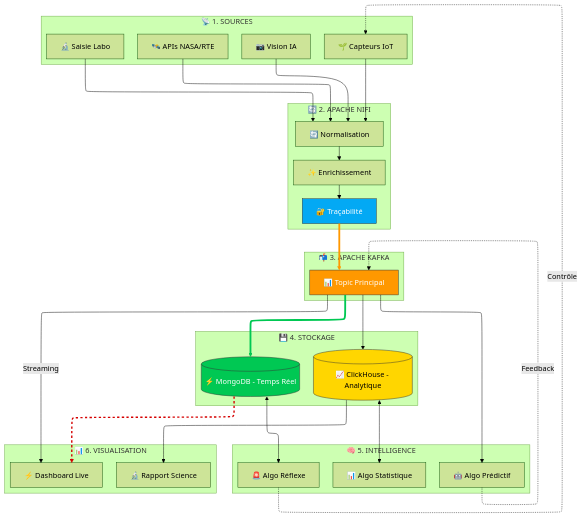
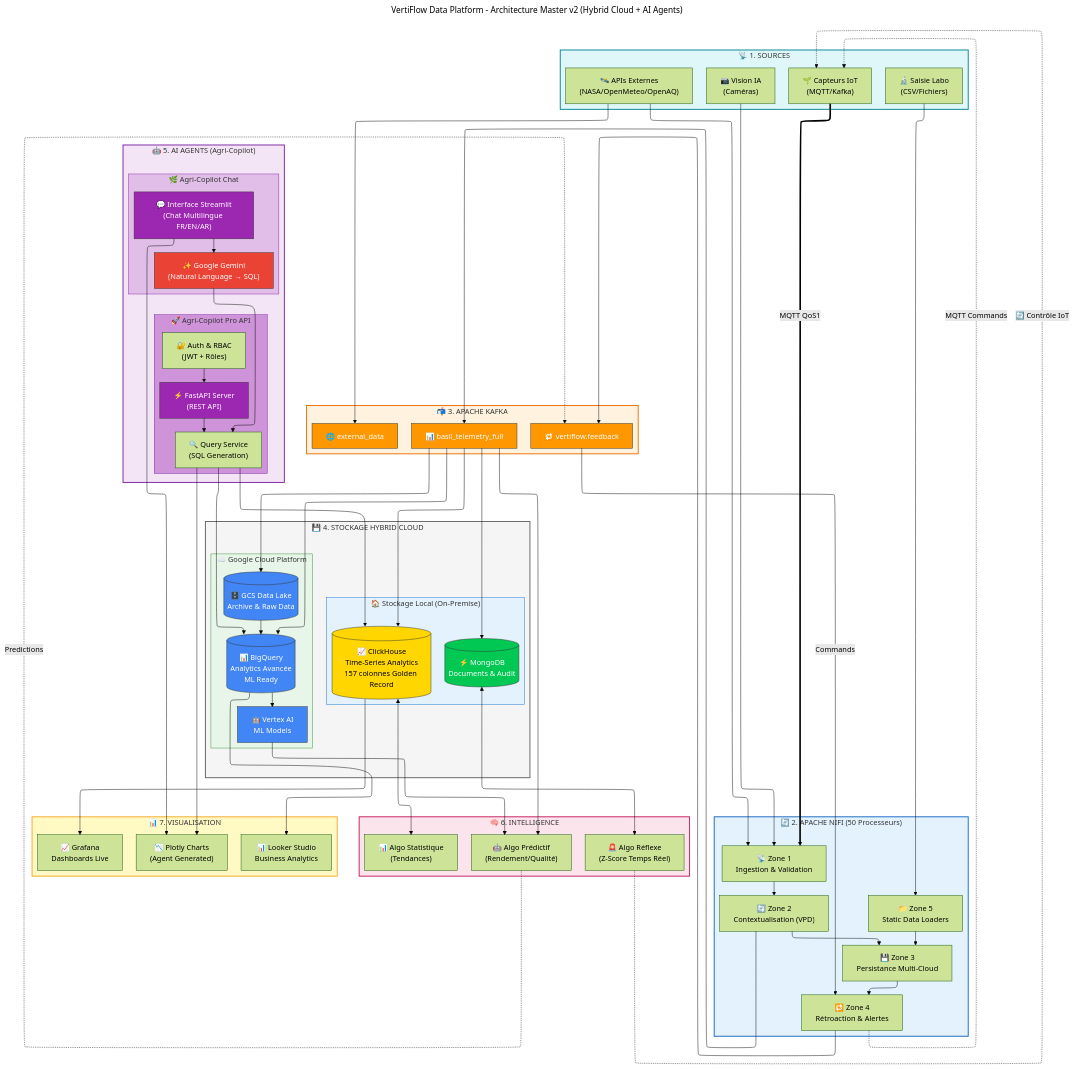
The diagram in docs/diagrams/master_v2.mmd (mounirjaouhari/Vertiflow), drawn with Mermaid (forest theme) before and after one commit. The commit also changed 35 other files, not shown here.

First line of the commit message:
feat: Restructuration README + Agri-Copilot Pro + GCP Integration

```diff
--- a/docs/diagrams/master_v2.mmd
+++ b/docs/diagrams/master_v2.mmd
@@ -1,71 +1,184 @@
 ---
+title: VertiFlow Data Platform - Architecture Master v2 (Hybrid Cloud + AI Agents)
 config:
   layout: elk
 ---
 flowchart TB
+    %% ═══════════════════════════════════════════════════════════════
+    %% 1. SOURCES DE DONNÉES
+    %% ═══════════════════════════════════════════════════════════════
     subgraph SOURCES["📡 1. SOURCES"]
-        IOT["🌱 Capteurs IoT"]
-        VISION["📷 Vision IA"]
-        APIS["🛰️ APIs NASA/RTE"]
-        LAB["🔬 Saisie Labo"]
+        direction TB
+        IOT["🌱 Capteurs IoT<br/>(MQTT/Kafka)"]
+        VISION["📷 Vision IA<br/>(Caméras)"]
+        APIS["🛰️ APIs Externes<br/>(NASA/OpenMeteo/OpenAQ)"]
+        LAB["🔬 Saisie Labo<br/>(CSV/Fichiers)"]
     end
     
-    subgraph NIFI["🔄 2. APACHE NIFI"]
-        N_NORM["🔄 Normalisation"]
-        N_ENRICH["✨ Enrichissement"]
-        N_QUAL["🔐 Traçabilité"]
+    %% ═══════════════════════════════════════════════════════════════
+    %% 2. APACHE NIFI - 50 PROCESSEURS
+    %% ═══════════════════════════════════════════════════════════════
+    subgraph NIFI["🔄 2. APACHE NIFI (50 Processeurs)"]
+        direction TB
+        N_INGEST["📡 Zone 1<br/>Ingestion & Validation"]
+        N_ENRICH["🔄 Zone 2<br/>Contextualisation (VPD)"]
+        N_PERSIST["💾 Zone 3<br/>Persistance Multi-Cloud"]
+        N_FEEDBACK["🔁 Zone 4<br/>Rétroaction & Alertes"]
+        N_STATIC["📁 Zone 5<br/>Static Data Loaders"]
     end
     
+    %% ═══════════════════════════════════════════════════════════════
+    %% 3. APACHE KAFKA - EVENT BUS
+    %% ═══════════════════════════════════════════════════════════════
     subgraph KAFKA["📬 3. APACHE KAFKA"]
-        K_TOPIC["📊 Topic Principal"]
+        direction LR
+        K_TELEMETRY["📊 basil_telemetry_full"]
+        K_FEEDBACK["🔁 vertiflow.feedback"]
+        K_EXTERNAL["🌐 external_data"]
     end
     
-    subgraph STORAGE["💾 4. STOCKAGE"]
-        MONGO[("⚡ MongoDB - Temps Réel")]
-        CLICK[("📈 ClickHouse - Analytique")]
+    %% ═══════════════════════════════════════════════════════════════
+    %% 4. STOCKAGE HYBRID CLOUD
+    %% ═══════════════════════════════════════════════════════════════
+    subgraph STORAGE["💾 4. STOCKAGE HYBRID CLOUD"]
+        direction TB
+        
+        subgraph LOCAL["🏠 Stockage Local (On-Premise)"]
+            MONGO[("⚡ MongoDB<br/>Documents & Audit")]
+            CLICK[("📈 ClickHouse<br/>Time-Series Analytics<br/>157 colonnes Golden Record")]
+        end
+        
+        subgraph CLOUD["☁️ Google Cloud Platform"]
+            GCS[("🗄️ GCS Data Lake<br/>Archive & Raw Data")]
+            BIGQUERY[("📊 BigQuery<br/>Analytics Avancée<br/>ML Ready")]
+            VERTEX["🤖 Vertex AI<br/>ML Models"]
+        end
     end
     
-    subgraph INTELLIGENCE["🧠 5. INTELLIGENCE"]
-        ALGO_REFLEXE["🚨 Algo Réflexe"]
-        ALGO_STAT["📊 Algo Statistique"]
-        ALGO_PREDICT["🤖 Algo Prédictif"]
+    %% ═══════════════════════════════════════════════════════════════
+    %% 5. AI AGENTS - AGRI-COPILOT
+    %% ═══════════════════════════════════════════════════════════════
+    subgraph AGENTS["🤖 5. AI AGENTS (Agri-Copilot)"]
+        direction TB
+        
+        subgraph COPILOT["🌿 Agri-Copilot Chat"]
+            STREAMLIT["💬 Interface Streamlit<br/>(Chat Multilingue FR/EN/AR)"]
+            GEMINI["✨ Google Gemini<br/>(Natural Language → SQL)"]
+        end
+        
+        subgraph COPILOT_PRO["🚀 Agri-Copilot Pro API"]
+            FASTAPI["⚡ FastAPI Server<br/>(REST API)"]
+            QUERY_SVC["🔍 Query Service<br/>(SQL Generation)"]
+            AUTH["🔐 Auth & RBAC<br/>(JWT + Rôles)"]
+        end
     end
     
-    subgraph VIZ["📊 6. VISUALISATION"]
-        PBI_LIVE["⚡ Dashboard Live"]
-        PBI_SCIENCE["🔬 Rapport Science"]
+    %% ═══════════════════════════════════════════════════════════════
+    %% 6. INTELLIGENCE & ML
+    %% ═══════════════════════════════════════════════════════════════
+    subgraph INTELLIGENCE["🧠 6. INTELLIGENCE"]
+        direction TB
+        ALGO_REFLEXE["🚨 Algo Réflexe<br/>(Z-Score Temps Réel)"]
+        ALGO_STAT["📊 Algo Statistique<br/>(Tendances)"]
+        ALGO_PREDICT["🤖 Algo Prédictif<br/>(Rendement/Qualité)"]
     end
     
-    %% CONNECTIONS
-    IOT --> N_NORM
-    VISION --> N_NORM
-    APIS --> N_NORM
-    LAB --> N_NORM
-    N_NORM --> N_ENRICH
-    N_ENRICH --> N_QUAL
-    N_QUAL --> K_TOPIC
-    K_TOPIC --> MONGO
-    K_TOPIC --> CLICK
-    K_TOPIC --> ALGO_PREDICT
+    %% ═══════════════════════════════════════════════════════════════
+    %% 7. VISUALISATION
+    %% ═══════════════════════════════════════════════════════════════
+    subgraph VIZ["📊 7. VISUALISATION"]
+        direction LR
+        GRAFANA["📈 Grafana<br/>Dashboards Live"]
+        LOOKER["📊 Looker Studio<br/>Business Analytics"]
+        PLOTLY["📉 Plotly Charts<br/>(Agent Generated)"]
+    end
+    
+    %% ═══════════════════════════════════════════════════════════════
+    %% CONNEXIONS - Sources → NiFi
+    %% ═══════════════════════════════════════════════════════════════
+    IOT ==>|"MQTT QoS1"| N_INGEST
+    VISION --> N_INGEST
+    APIS --> N_INGEST
+    LAB --> N_STATIC
+    
+    %% NiFi interne
+    N_INGEST --> N_ENRICH
+    N_ENRICH --> N_PERSIST
+    N_PERSIST --> N_FEEDBACK
+    N_STATIC --> N_PERSIST
+    
+    %% NiFi → Kafka
+    N_ENRICH --> K_TELEMETRY
+    N_FEEDBACK --> K_FEEDBACK
+    APIS --> K_EXTERNAL
+    
+    %% Kafka → Stockage
+    K_TELEMETRY --> MONGO
+    K_TELEMETRY --> CLICK
+    K_TELEMETRY --> GCS
+    K_TELEMETRY --> BIGQUERY
+    
+    %% Cloud Integration
+    GCS --> BIGQUERY
+    BIGQUERY --> VERTEX
+    VERTEX --> ALGO_PREDICT
+    
+    %% Intelligence
     MONGO <--> ALGO_REFLEXE
     CLICK <--> ALGO_STAT
-    ALGO_PREDICT -.->|Feedback| K_TOPIC
-    MONGO --> PBI_LIVE
-    K_TOPIC -->|Streaming| PBI_LIVE
-    CLICK --> PBI_SCIENCE
-    ALGO_REFLEXE -.->|Contrôle| IOT
+    K_TELEMETRY --> ALGO_PREDICT
+    ALGO_PREDICT -.->|"Predictions"| K_FEEDBACK
+    ALGO_REFLEXE -.->|"🔄 Contrôle IoT"| IOT
+    
+    %% AI Agents Connections
+    GEMINI --> QUERY_SVC
+    QUERY_SVC --> CLICK
+    QUERY_SVC --> BIGQUERY
+    STREAMLIT --> GEMINI
+    FASTAPI --> QUERY_SVC
+    AUTH --> FASTAPI
+    
+    %% Visualisation
+    CLICK --> GRAFANA
+    BIGQUERY --> LOOKER
+    QUERY_SVC --> PLOTLY
+    STREAMLIT --> PLOTLY
+    
+    %% Feedback Loop
+    K_FEEDBACK -->|"Commands"| N_FEEDBACK
+    N_FEEDBACK -.->|"MQTT Commands"| IOT
 
+    %% ═══════════════════════════════════════════════════════════════
     %% STYLES
+    %% ═══════════════════════════════════════════════════════════════
     MONGO:::Class_Mongo
     CLICK:::Class_Click
-    K_TOPIC:::Class_Kafka
-    N_QUAL:::Class_NiFi
+    K_TELEMETRY:::Class_Kafka
+    K_FEEDBACK:::Class_Kafka
+    K_EXTERNAL:::Class_Kafka
+    GCS:::Class_Cloud
+    BIGQUERY:::Class_Cloud
+    VERTEX:::Class_Cloud
+    GEMINI:::Class_AI
+    STREAMLIT:::Class_Agent
+    FASTAPI:::Class_Agent
     
     classDef Class_Mongo fill:#00C853,stroke:#333,color:white
     classDef Class_Click fill:#FFD600,stroke:#333,color:black
     classDef Class_Kafka fill:#FF9800,stroke:#333,color:white
     classDef Class_NiFi fill:#03A9F4,stroke:#333,color:white
+    classDef Class_Cloud fill:#4285F4,stroke:#333,color:white
+    classDef Class_AI fill:#EA4335,stroke:#333,color:white
+    classDef Class_Agent fill:#9C27B0,stroke:#333,color:white
     
-    linkStyle 6 stroke:#FF9800,stroke-width:4px
-    linkStyle 7 stroke:#00C853,stroke-width:4px
-    linkStyle 13 stroke:#D50000,stroke-width:3px,stroke-dasharray:5 5
+    style SOURCES fill:#e0f7fa,stroke:#00838f,stroke-width:2px
+    style NIFI fill:#e3f2fd,stroke:#1565c0,stroke-width:2px
+    style KAFKA fill:#fff3e0,stroke:#ef6c00,stroke-width:2px
+    style STORAGE fill:#f5f5f5,stroke:#616161,stroke-width:2px
+    style LOCAL fill:#e3f2fd,stroke:#1976d2,stroke-width:1px
+    style CLOUD fill:#e8f5e9,stroke:#388e3c,stroke-width:1px
+    style AGENTS fill:#f3e5f5,stroke:#7b1fa2,stroke-width:2px
+    style COPILOT fill:#e1bee7,stroke:#8e24aa,stroke-width:1px
+    style COPILOT_PRO fill:#ce93d8,stroke:#7b1fa2,stroke-width:1px
+    style INTELLIGENCE fill:#fce4ec,stroke:#c2185b,stroke-width:2px
+    style VIZ fill:#fff9c4,stroke:#f9a825,stroke-width:2px
```
